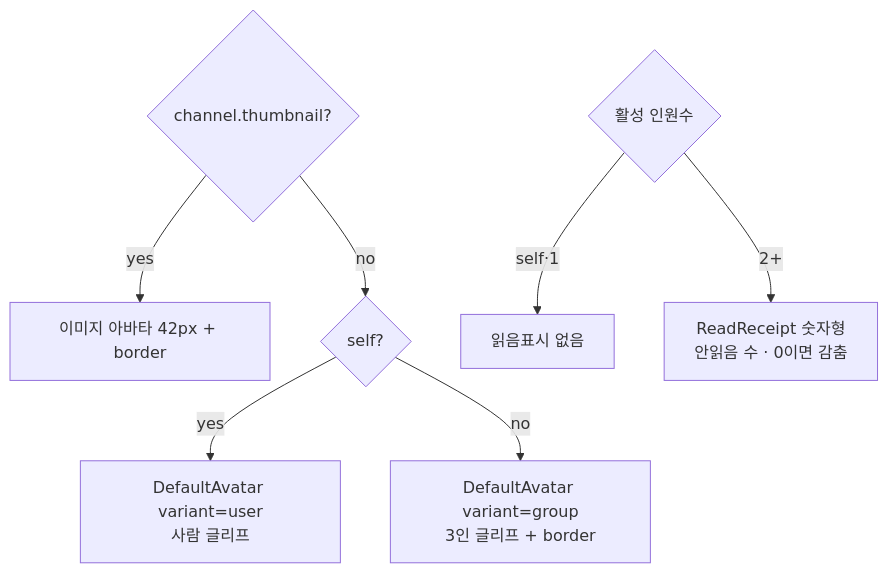
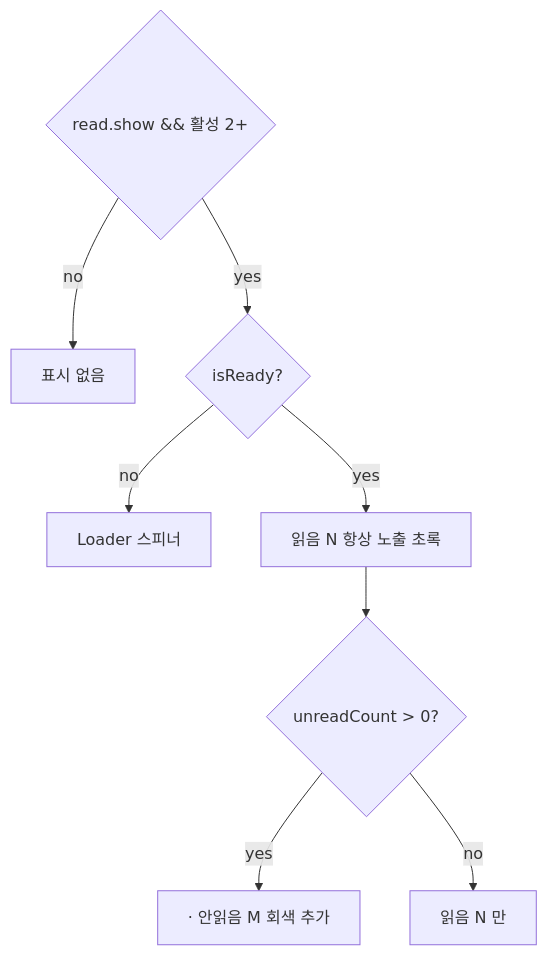
One commit to lemoncloud-io/dou-app changed the third of 3 diagrams in apps/web/docs/feature/channels/chat-room-ui.md. Above: the diagram before and after it, drawn with Mermaid. The commit also changed other lines of this file and 7 other files, not shown here.

First line of the commit message:
feat(web/channels): 그룹 채팅방 헤더 아바타 스택·총원·읽음표시 반영

````diff
--- a/apps/web/docs/feature/channels/chat-room-ui.md
+++ b/apps/web/docs/feature/channels/chat-room-ui.md
@@ -111,10 +130,10 @@
 ```mermaid
 flowchart TD
-    T{channel.thumbnail?} -->|yes| Img[이미지 아바타 42px + border]
-    T -->|no| K{self?}
-    K -->|yes| P[DefaultAvatar variant=user<br/>사람 글리프]
-    K -->|no| G[DefaultAvatar variant=group<br/>3인 글리프 + border]
-
-    R{활성 인원수} -->|self·1| N[읽음표시 없음]
-    R -->|2+| U[ReadReceipt 숫자형<br/>안읽음 수 · 0이면 감춤]
+    R{read.show && 활성 2+} -->|no| N[표시 없음]
+    R -->|yes| Rdy{isReady?}
+    Rdy -->|no| L[Loader 스피너]
+    Rdy -->|yes| RC[읽음 N 항상 노출 초록]
+    RC --> U{unreadCount > 0?}
+    U -->|yes| Both[· 안읽음 M 회색 추가]
+    U -->|no| Only[읽음 N 만]
 ```
````
